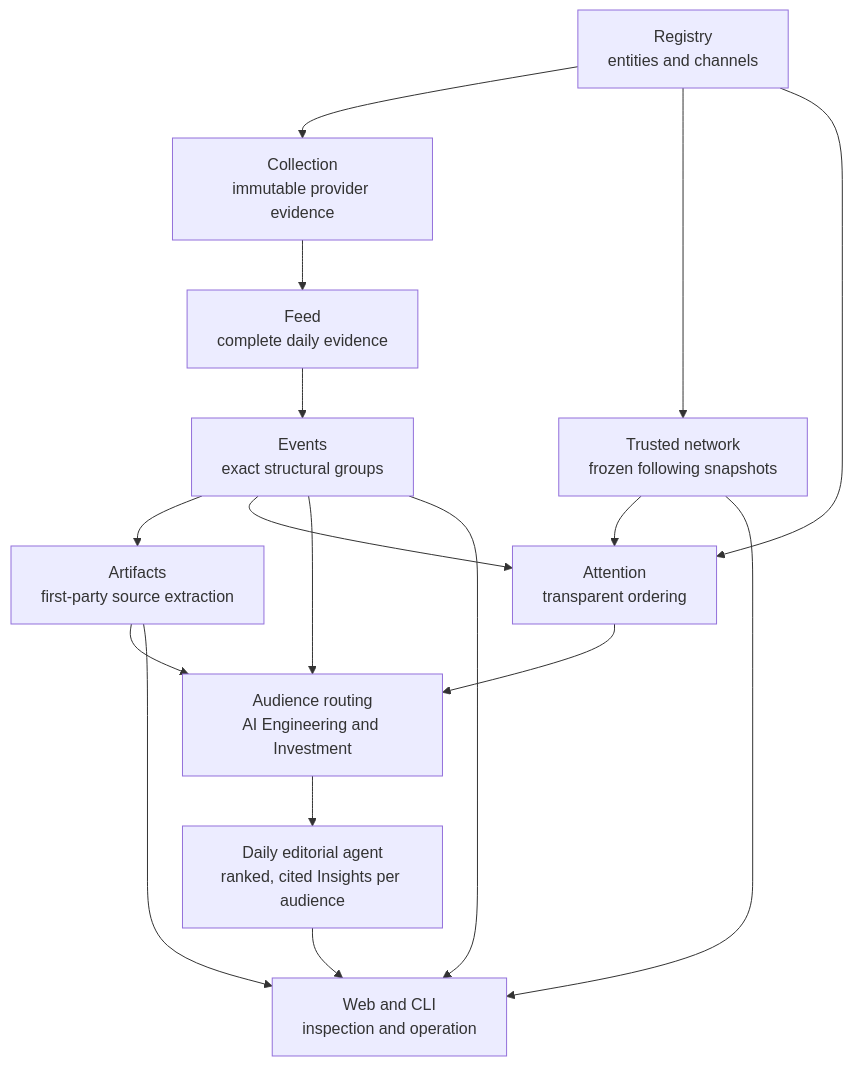
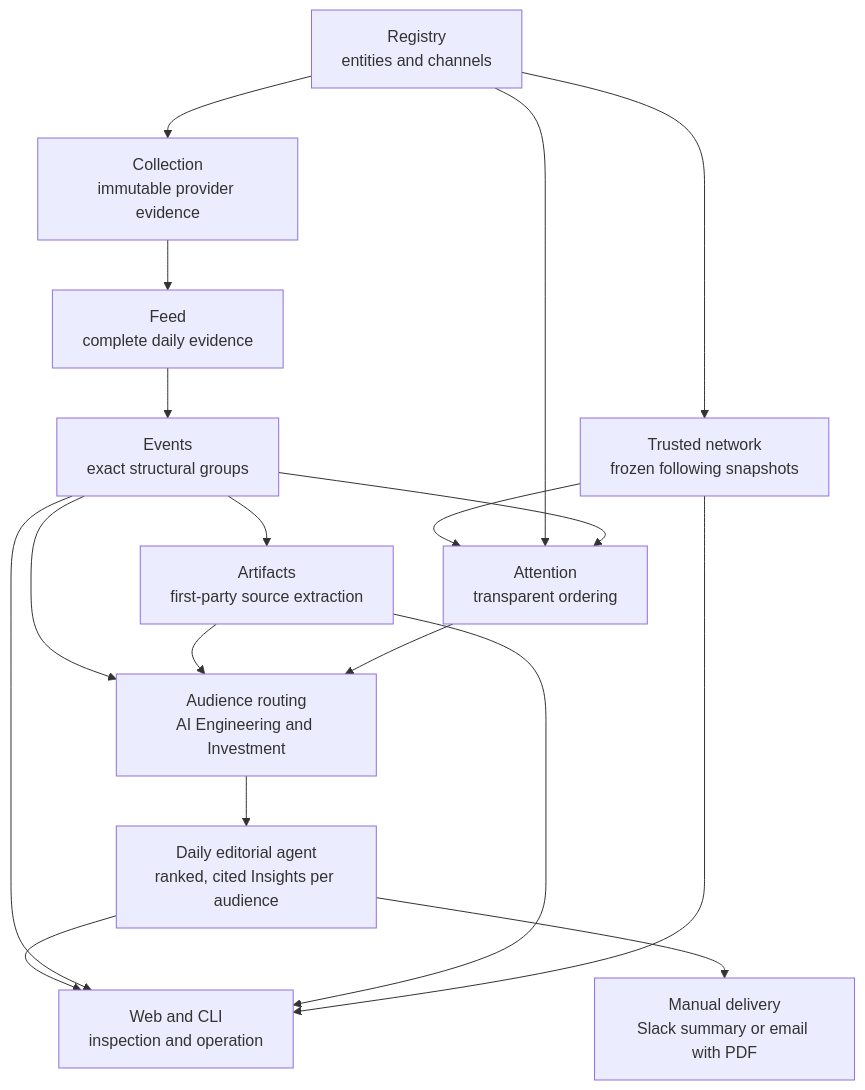
Before and after one commit to AdithyanI/frontier-lab-intelligence: the diagram in docs/architecture/overview.md, drawn with Mermaid. The commit also changed other lines of this file and 20 other files, not shown here.

````diff
--- a/docs/architecture/overview.md
+++ b/docs/architecture/overview.md
@@ -15,19 +15,20 @@
 ```mermaid
 flowchart TD
     R["Registry<br/>entities and channels"] --> C["Collection<br/>immutable provider evidence"]
     R --> N["Trusted network<br/>frozen following snapshots"]
     C --> F["Feed<br/>complete daily evidence"]
     F --> E["Events<br/>exact structural groups"]
     E --> A["Artifacts<br/>first-party source extraction"]
     N --> S["Attention<br/>transparent ordering"]
     R --> S
     E --> S
     E --> Q["Audience routing<br/>AI Engineering and Investment"]
     A --> Q
     S --> Q
     Q --> I["Daily editorial agent<br/>ranked, cited Insights per audience"]
     I --> W["Web and CLI<br/>inspection and operation"]
+    I --> D["Manual delivery<br/>Slack summary or email with PDF"]
     E --> W
     A --> W
     N --> W
 ```
````
